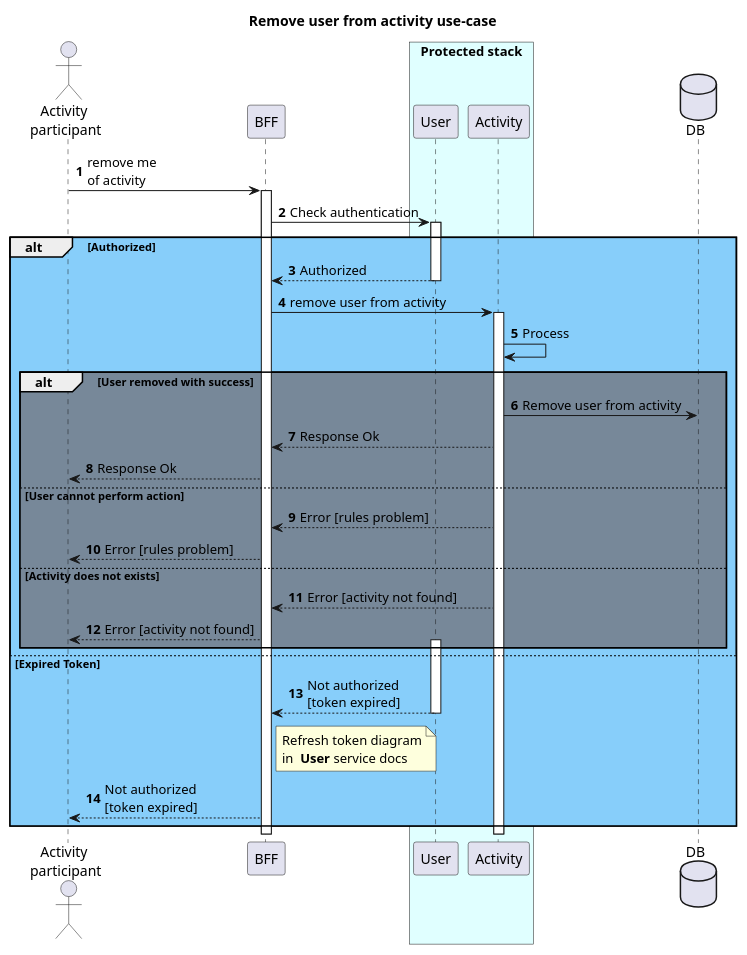
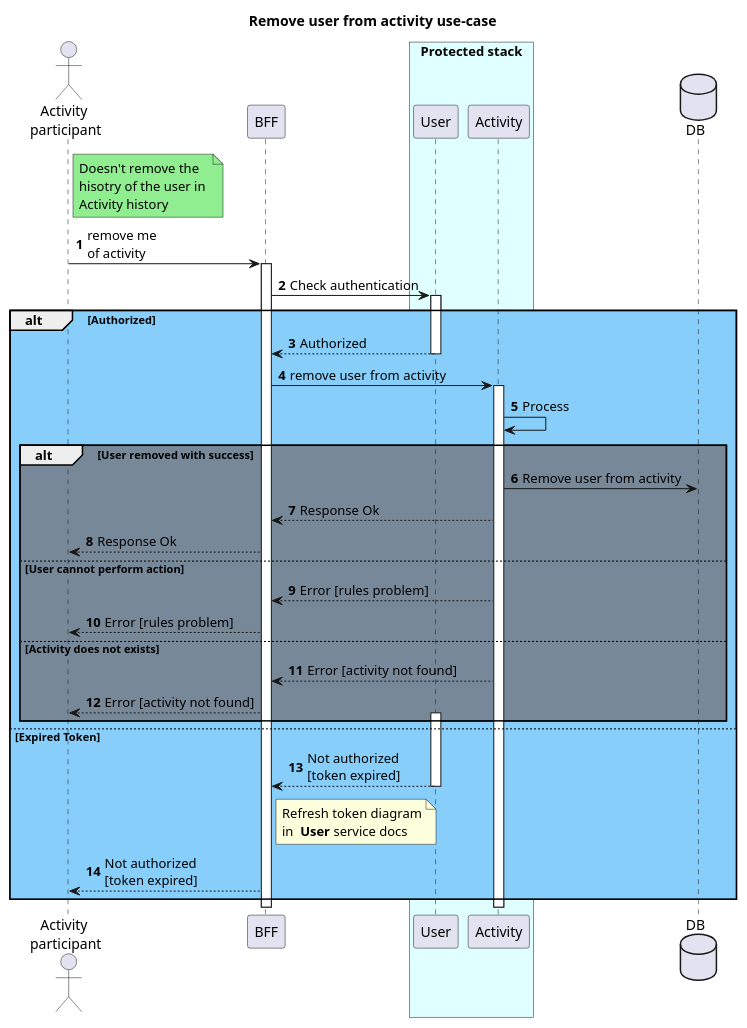
One commit to orion-services/Activity changed the diagram in docs/sequence/remove-user-from-activity.wsd. Above: the diagram before and after it, drawn with PlantUML.

Commit message:
#4 Add note about remove user from activity - diagram

```diff
--- a/docs/sequence/remove-user-from-activity.wsd
+++ b/docs/sequence/remove-user-from-activity.wsd
@@ -1,44 +1,50 @@
 @startuml
   autonumber
   title "Remove user from activity use-case"
+
 
   actor "Activity \nparticipant" as client
   participant BFF
   box "Protected stack" #LightCyan
   participant User
   participant Activity
   end box
   database DB
+  note right of client #LightGreen
+    Doesn't remove the 
+    hisotry of the user in 
+    Activity history
+  end note
 
   client -> BFF: remove me \nof activity
   activate BFF
   BFF -> User: Check authentication
   activate User
   alt #LightSkyBlue Authorized
     BFF <-- User: Authorized
     deactivate User
     BFF -> Activity: remove user from activity
     activate Activity
     Activity -> Activity: Process
     alt #LightSlateGray User removed with success
       Activity -> DB: Remove user from activity
       BFF <-- Activity: Response Ok
       client <-- BFF: Response Ok
     else User cannot perform action
       BFF <-- Activity: Error [rules problem]
       client <-- BFF: Error [rules problem]
     else Activity does not exists
       BFF <-- Activity: Error [activity not found]
       client <-- BFF: Error [activity not found]
     activate User
     end
  else Expired Token
     BFF <-- User: Not authorized \n[token expired]
     deactivate User
     note right of BFF
       Refresh token diagram
       in  **User** service docs
     end note
     client <-- BFF: Not authorized \n[token expired]   
   end
 @enduml
```
